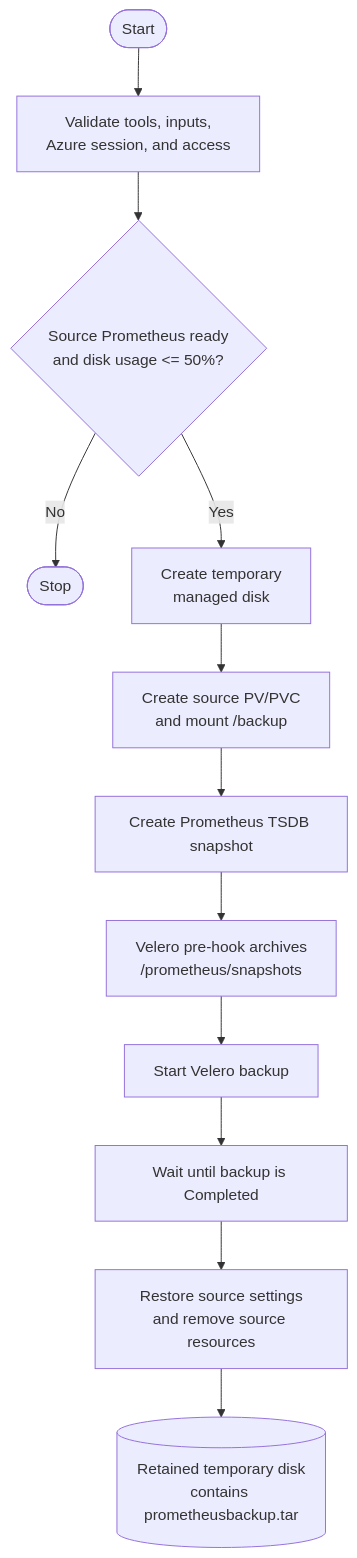
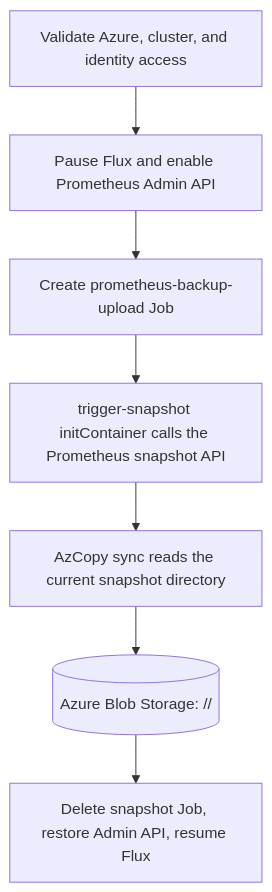
One commit to equinor/radix-platform changed the first of 2 diagrams in scripts/prometheus-operator/README.md. Above: the diagram before and after it, drawn with Mermaid. The commit also changed other lines of this file and 11 other files, not shown here.

Commit message:
Prometheus backup

````diff
--- a/scripts/prometheus-operator/README.md
+++ b/scripts/prometheus-operator/README.md
@@ -35,14 +52,11 @@
 ```mermaid
 flowchart TD
-    start([Start]) --> validate[Validate tools, inputs,<br/>Azure session, and access]
-    validate --> ready{Source Prometheus ready<br/>and disk usage <= 50%?}
-    ready -- No --> stop([Stop])
-    ready -- Yes --> disk[Create temporary<br/>managed disk]
-    disk --> mount[Create source PV/PVC<br/>and mount /backup]
-    mount --> snapshot[Create Prometheus TSDB snapshot]
-    snapshot --> hook[Velero pre-hook archives<br/>/prometheus/snapshots]
-    hook --> backup[Start Velero backup]
-    backup --> wait[Wait until backup is Completed]
-    wait --> cleanup[Restore source settings<br/>and remove source resources]
-    cleanup --> handoff[(Retained temporary disk<br/>contains prometheusbackup.tar)]
+        preflight[Validate Azure, cluster, and identity access]
+        admin[Pause Flux and enable Prometheus Admin API]
+        job[Create prometheus-backup-upload Job]
+        snapshot[trigger-snapshot initContainer calls the Prometheus snapshot API]
+        sync[AzCopy sync reads the current snapshot directory]
+        blob[(Azure Blob Storage: <cluster>/<backup-name>/)]
+        cleanup[Delete snapshot Job, restore Admin API, resume Flux]
+        preflight --> admin --> job --> snapshot --> sync --> blob --> cleanup
 ```
````
